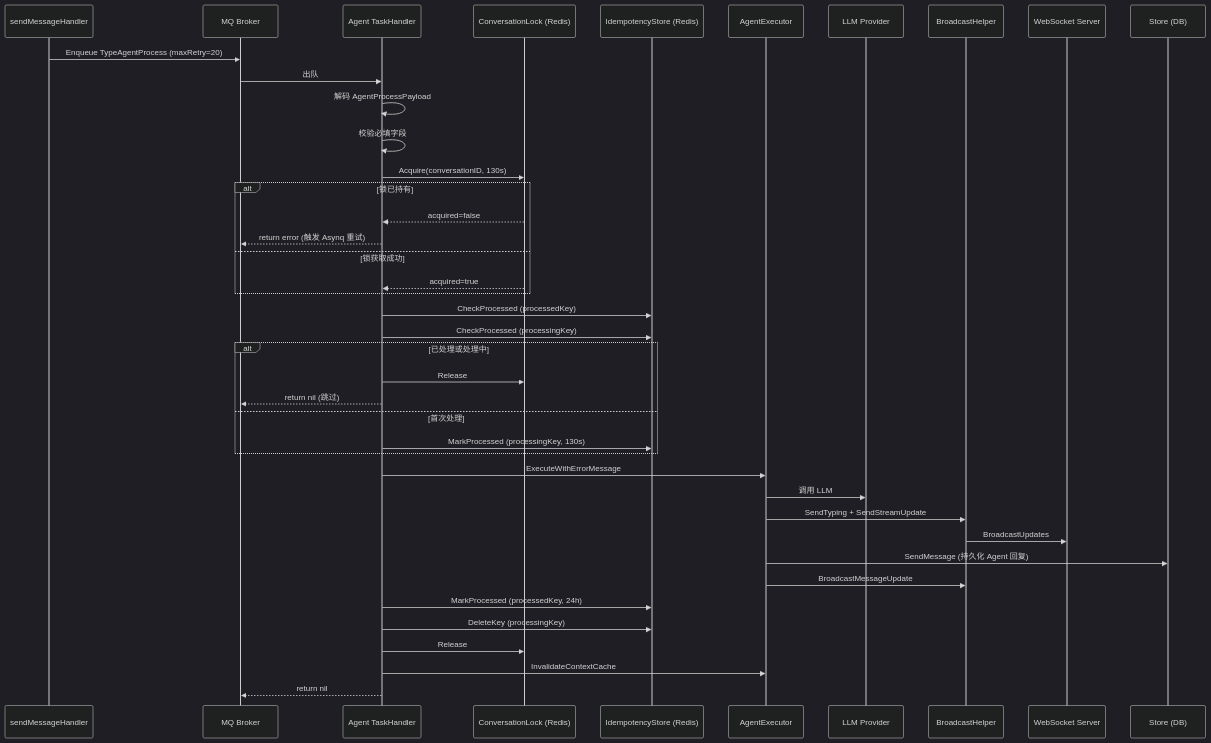
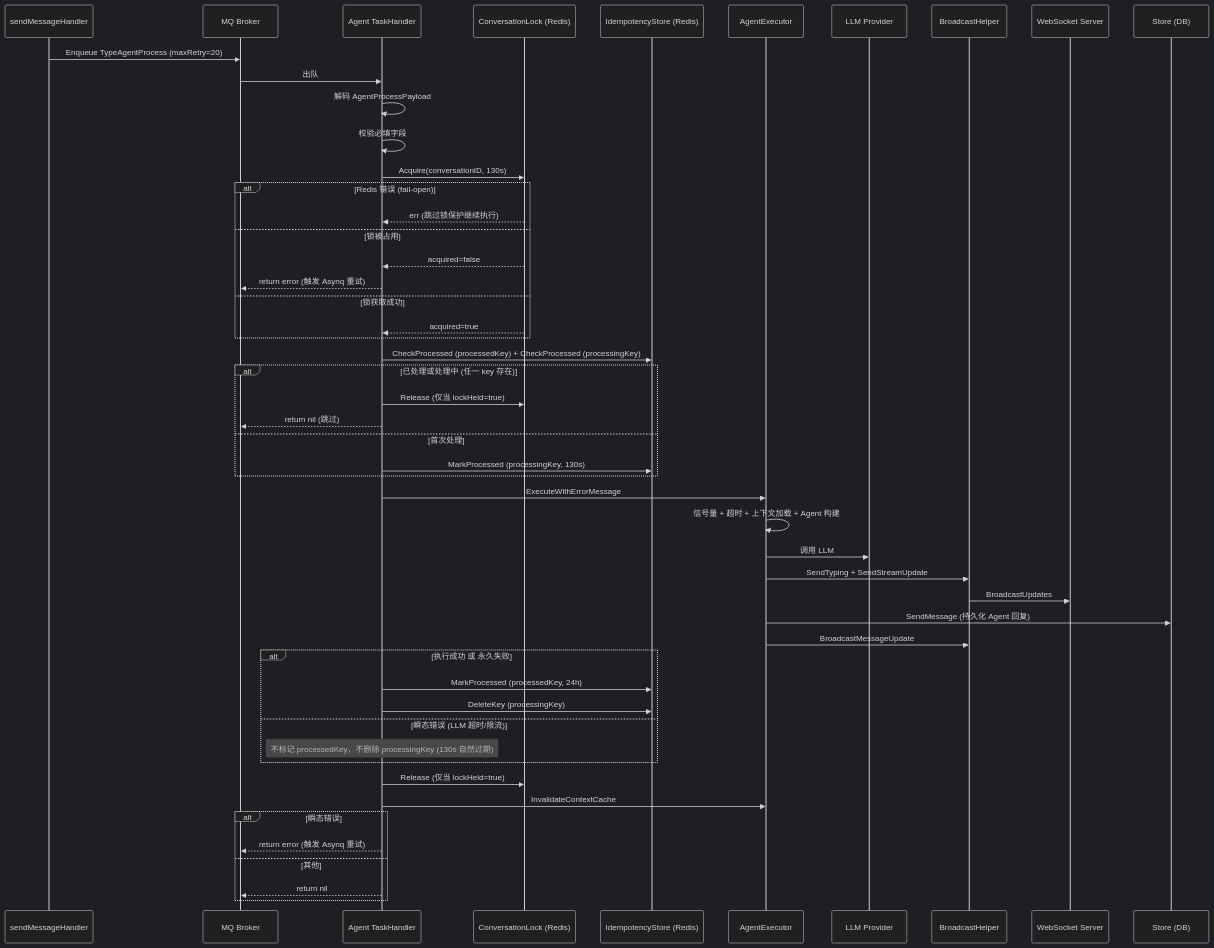
Before and after one commit to PineappleBond/xyncra-server: the second of 9 diagrams in wiki/flows/mq-async.md, drawn with Mermaid (dark theme). The commit also changed other lines of this file and 21 other files, not shown here.

````diff
--- a/wiki/flows/mq-async.md
+++ b/wiki/flows/mq-async.md
@@ -83,44 +107,54 @@
 ```mermaid
 sequenceDiagram
     participant SendMsg as sendMessageHandler
     participant Broker as MQ Broker
     participant Worker as Agent TaskHandler
     participant Lock as ConversationLock (Redis)
     participant Idem as IdempotencyStore (Redis)
     participant Exec as AgentExecutor
     participant LLM as LLM Provider
     participant BC as BroadcastHelper
     participant WS as WebSocket Server
     participant Store as Store (DB)
 
     SendMsg->>Broker: Enqueue TypeAgentProcess (maxRetry=20)
     Broker->>Worker: 出队
     Worker->>Worker: 解码 AgentProcessPayload
     Worker->>Worker: 校验必填字段
     Worker->>Lock: Acquire(conversationID, 130s)
-    alt 锁已持有
+    alt Redis 错误 (fail-open)
+        Lock-->>Worker: err (跳过锁保护继续执行)
+    else 锁被占用
         Lock-->>Worker: acquired=false
         Worker-->>Broker: return error (触发 Asynq 重试)
     else 锁获取成功
         Lock-->>Worker: acquired=true
     end
-    Worker->>Idem: CheckProcessed (processedKey)
-    Worker->>Idem: CheckProcessed (processingKey)
-    alt 已处理或处理中
-        Worker->>Lock: Release
+    Worker->>Idem: CheckProcessed (processedKey) + CheckProcessed (processingKey)
+    alt 已处理或处理中 (任一 key 存在)
+        Worker->>Lock: Release (仅当 lockHeld=true)
         Worker-->>Broker: return nil (跳过)
     else 首次处理
         Worker->>Idem: MarkProcessed (processingKey, 130s)
     end
     Worker->>Exec: ExecuteWithErrorMessage
+    Exec->>Exec: 信号量 + 超时 + 上下文加载 + Agent 构建
     Exec->>LLM: 调用 LLM
     Exec->>BC: SendTyping + SendStreamUpdate
     BC->>WS: BroadcastUpdates
     Exec->>Store: SendMessage (持久化 Agent 回复)
     Exec->>BC: BroadcastMessageUpdate
-    Worker->>Idem: MarkProcessed (processedKey, 24h)
-    Worker->>Idem: DeleteKey (processingKey)
-    Worker->>Lock: Release
+    alt 执行成功 或 永久失败
+        Worker->>Idem: MarkProcessed (processedKey, 24h)
+        Worker->>Idem: DeleteKey (processingKey)
+    else 瞬态错误 (LLM 超时/限流)
+        Note over Worker: 不标记 processedKey，不删除 processingKey (130s 自然过期)
+    end
+    Worker->>Lock: Release (仅当 lockHeld=true)
     Worker->>Exec: InvalidateContextCache
-    Worker-->>Broker: return nil
+    alt 瞬态错误
+        Worker-->>Broker: return error (触发 Asynq 重试)
+    else 其他
+        Worker-->>Broker: return nil
+    end
 ```
````
